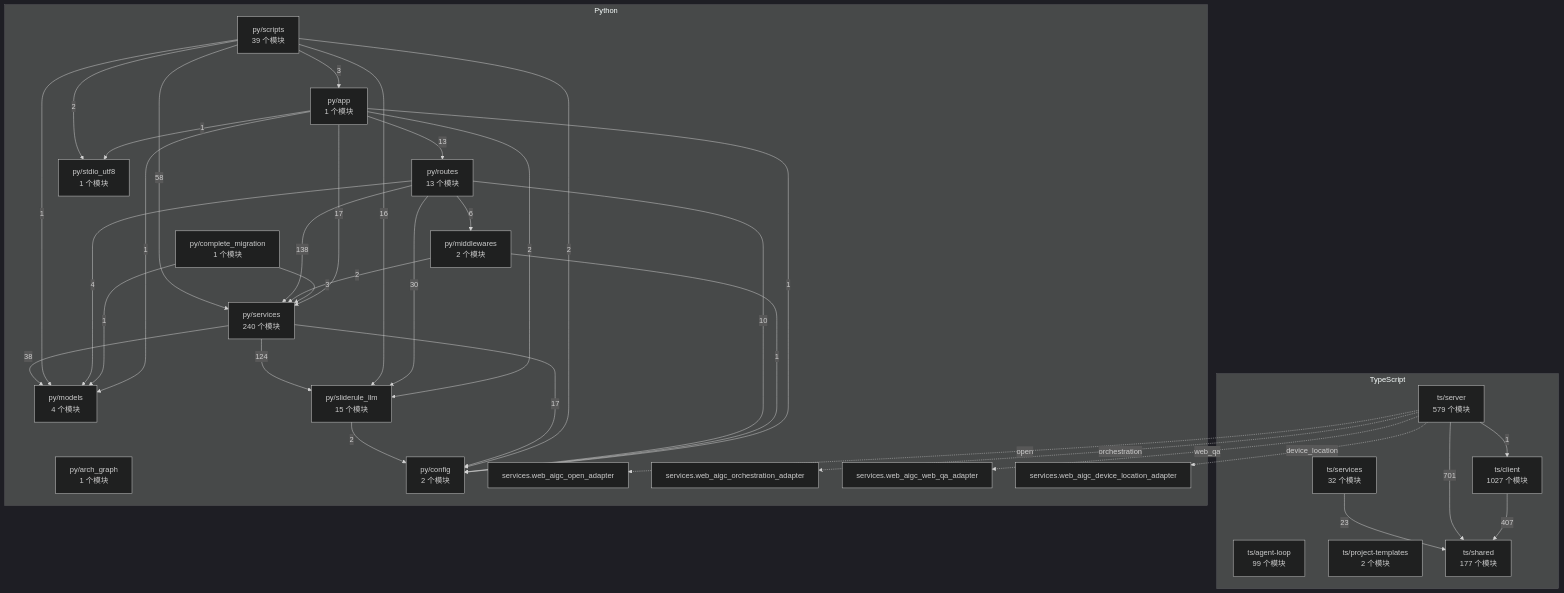
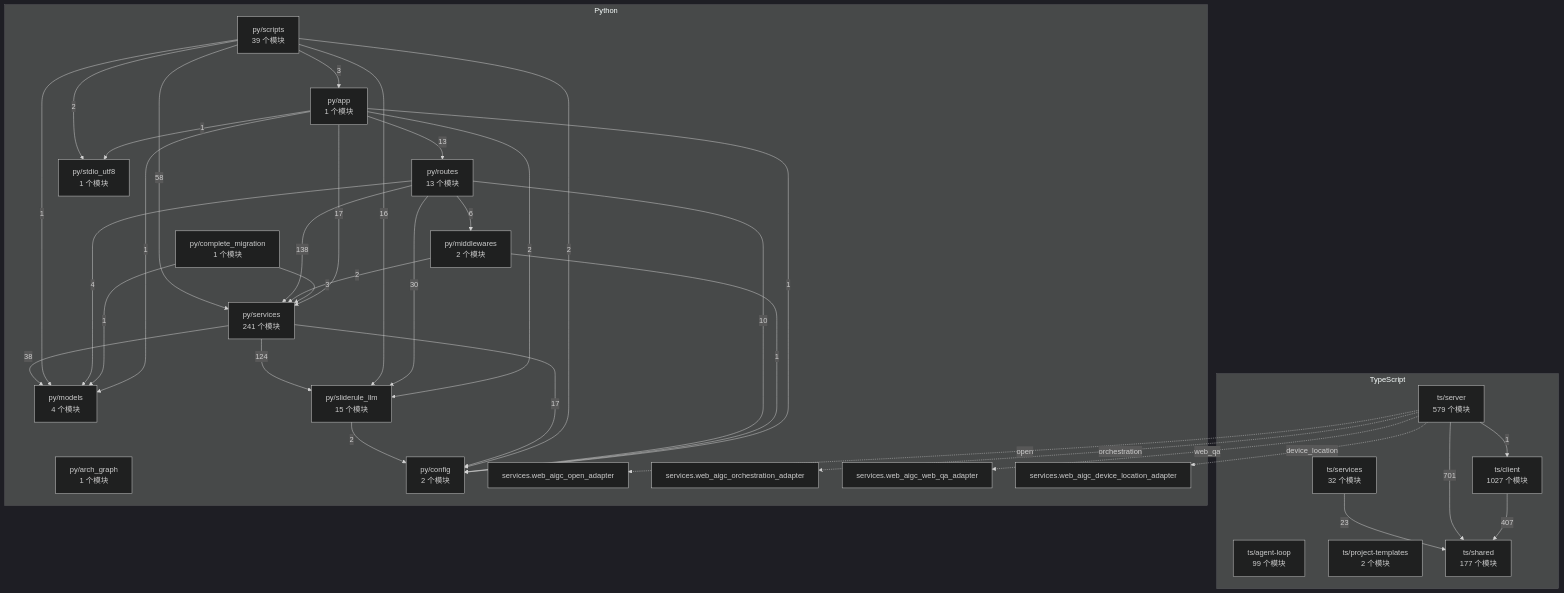
Before and after one commit to 2686521696/WhyBuddy: the diagram in docs/WhyBuddy 全仓架构图（自动生成）.md, drawn with Mermaid (dark theme). The commit also changed 6 other files, not shown here.

````diff
--- a/docs/WhyBuddy 全仓架构图（自动生成）.md
+++ b/docs/WhyBuddy 全仓架构图（自动生成）.md
@@ -14,61 +14,61 @@
 ```mermaid
 flowchart TB
   subgraph ts [TypeScript]
     ts_agent_loop["ts/agent-loop<br/>99 个模块"]
     ts_client["ts/client<br/>1027 个模块"]
     ts_project_templates["ts/project-templates<br/>2 个模块"]
     ts_server["ts/server<br/>579 个模块"]
     ts_services["ts/services<br/>32 个模块"]
     ts_shared["ts/shared<br/>177 个模块"]
   end
   subgraph py [Python]
     py_app["py/app<br/>1 个模块"]
     py_arch_graph["py/arch_graph<br/>1 个模块"]
     py_complete_migration["py/complete_migration<br/>1 个模块"]
     py_config["py/config<br/>2 个模块"]
     py_middlewares["py/middlewares<br/>2 个模块"]
     py_models["py/models<br/>4 个模块"]
     py_routes["py/routes<br/>13 个模块"]
     py_scripts["py/scripts<br/>39 个模块"]
-    py_services["py/services<br/>240 个模块"]
+    py_services["py/services<br/>241 个模块"]
     py_sliderule_llm["py/sliderule_llm<br/>15 个模块"]
     py_stdio_utf8["py/stdio_utf8<br/>1 个模块"]
     py_services_web_aigc_open_adapter["services.web_aigc_open_adapter"]
     py_services_web_aigc_orchestration_adapter["services.web_aigc_orchestration_adapter"]
     py_services_web_aigc_web_qa_adapter["services.web_aigc_web_qa_adapter"]
     py_services_web_aigc_device_location_adapter["services.web_aigc_device_location_adapter"]
   end
   ts_client -->|407| ts_shared
   ts_server -->|1| ts_client
   ts_server -->|701| ts_shared
   ts_services -->|23| ts_shared
   py_app -->|1| py_config
   py_app -->|1| py_models
   py_app -->|13| py_routes
   py_app -->|17| py_services
   py_app -->|2| py_sliderule_llm
   py_app -->|1| py_stdio_utf8
   py_complete_migration -->|1| py_models
   py_complete_migration -->|3| py_services
   py_middlewares -->|1| py_config
   py_middlewares -->|2| py_services
   py_routes -->|10| py_config
   py_routes -->|6| py_middlewares
   py_routes -->|4| py_models
   py_routes -->|138| py_services
   py_routes -->|30| py_sliderule_llm
   py_scripts -->|3| py_app
   py_scripts -->|2| py_config
   py_scripts -->|1| py_models
   py_scripts -->|58| py_services
   py_scripts -->|16| py_sliderule_llm
   py_scripts -->|2| py_stdio_utf8
   py_services -->|17| py_config
   py_services -->|38| py_models
   py_services -->|124| py_sliderule_llm
   py_sliderule_llm -->|2| py_config
   ts_server -.->|open| py_services_web_aigc_open_adapter
   ts_server -.->|orchestration| py_services_web_aigc_orchestration_adapter
   ts_server -.->|web_qa| py_services_web_aigc_web_qa_adapter
   ts_server -.->|device_location| py_services_web_aigc_device_location_adapter
 ```
````
